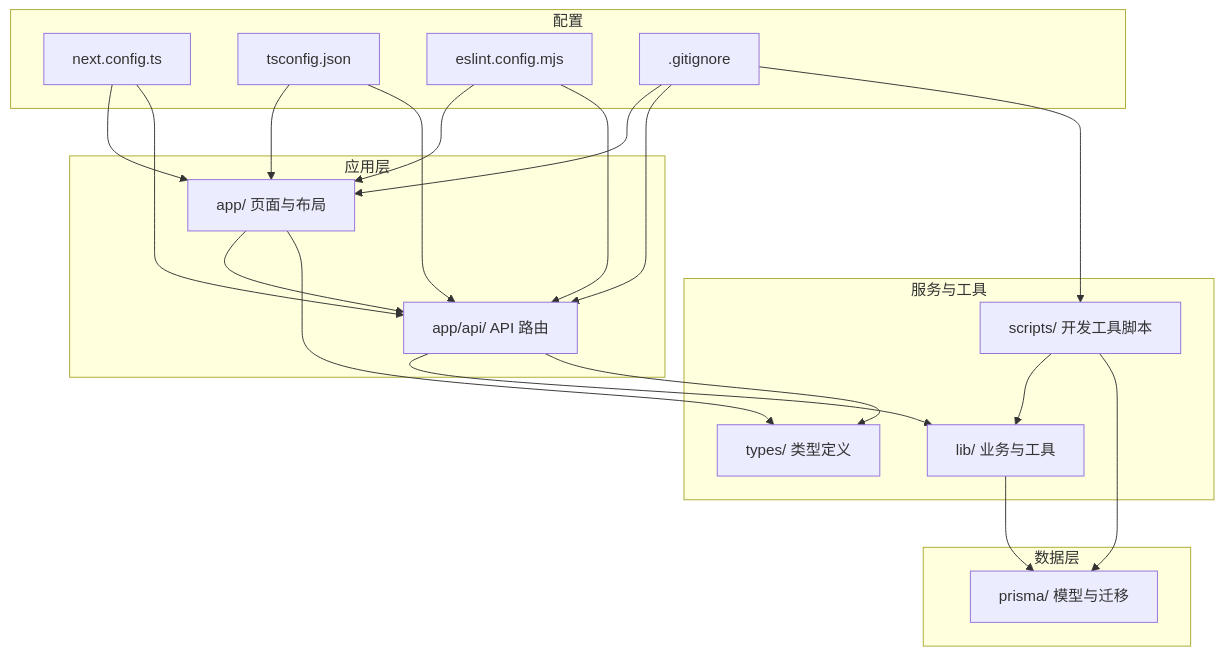
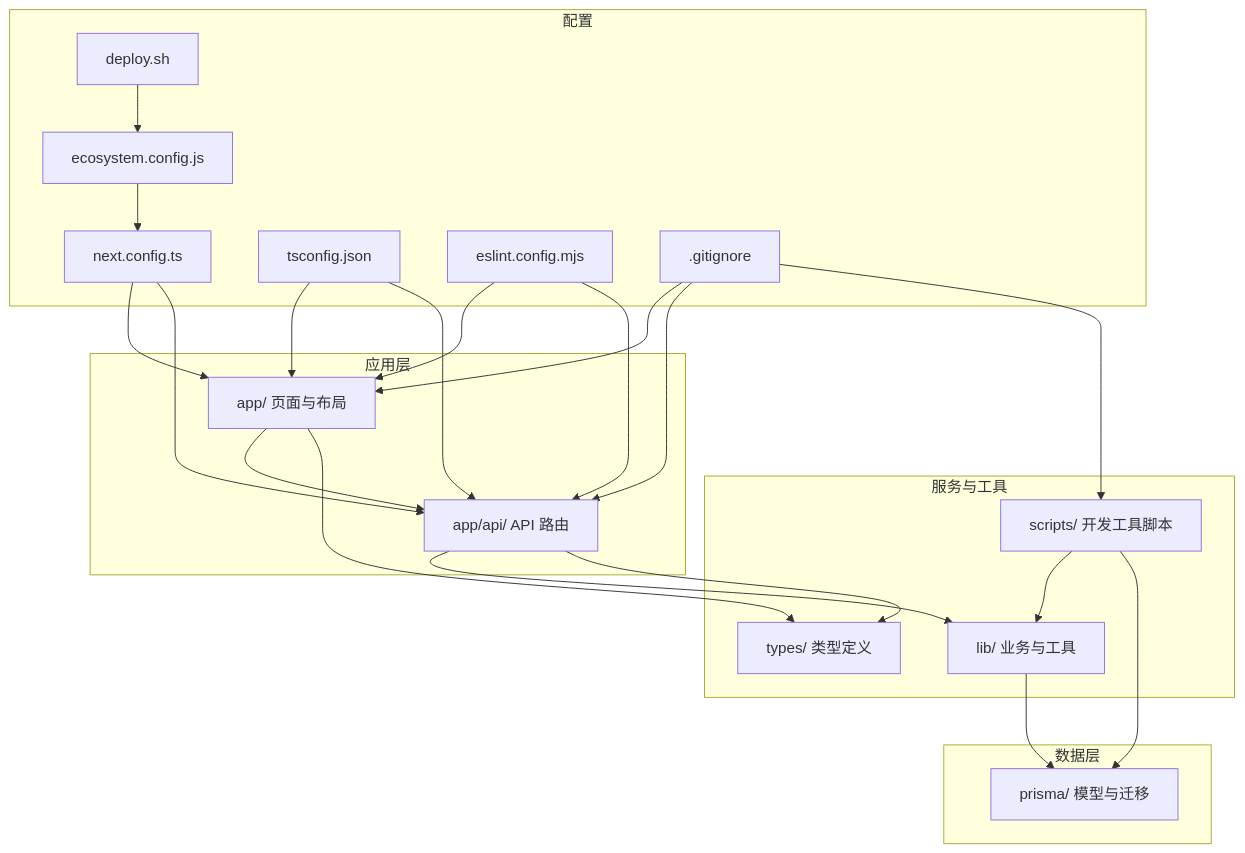
The first of 8 diagrams in .qoder/repowiki/zh/content/开发指南/开发指南.md (kangkang919/xinya), drawn with Mermaid before and after one commit. The commit also changed other lines of this file and 9 other files, not shown here.

````diff
--- a/.qoder/repowiki/zh/content/开发指南/开发指南.md
+++ b/.qoder/repowiki/zh/content/开发指南/开发指南.md
@@ -56,37 +61,41 @@
 ```mermaid
 graph TB
 subgraph "应用层"
 A["app/ 页面与布局"]
 B["app/api/ API 路由"]
 end
 subgraph "服务与工具"
 C["lib/ 业务与工具"]
 D["types/ 类型定义"]
 E["scripts/ 开发工具脚本"]
 end
 subgraph "数据层"
 F["prisma/ 模型与迁移"]
 end
 subgraph "配置"
 G["next.config.ts"]
 H["tsconfig.json"]
 I["eslint.config.mjs"]
 J[".gitignore"]
+K["ecosystem.config.js"]
+L["deploy.sh"]
 end
 A --> B
 B --> C
 C --> F
 A --> D
 B --> D
 E --> C
 E --> F
 G --> A
 G --> B
 H --> A
 H --> B
 I --> A
 I --> B
 J --> A
 J --> B
 J --> E
+K --> G
+L --> K
 ```
````
